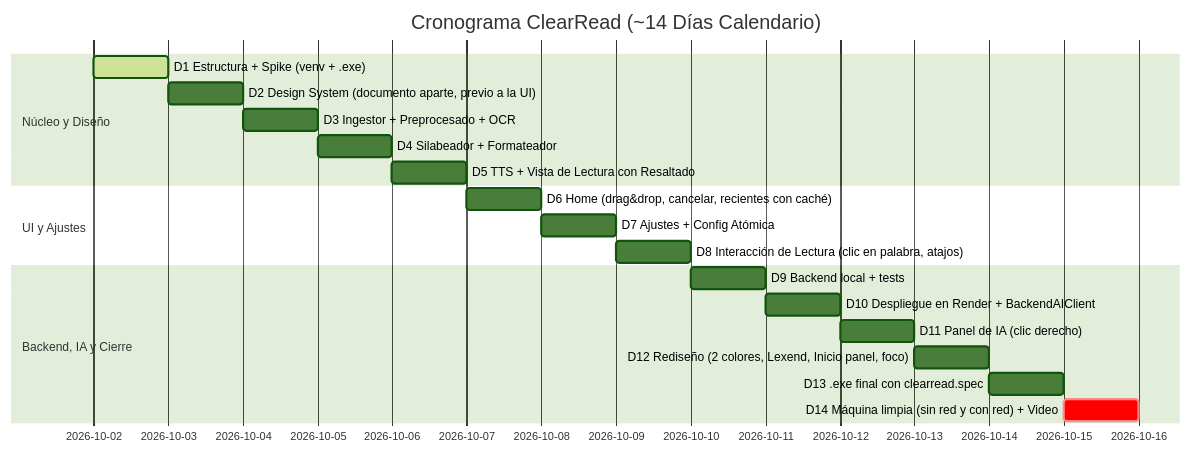
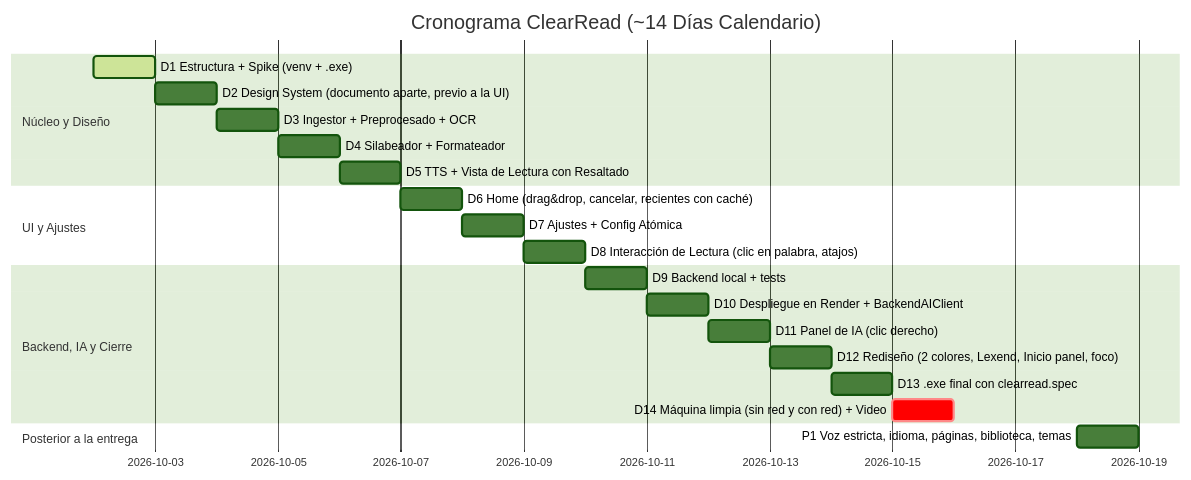
The third of 4 diagrams in document.md (SoFzzz/ClearRead), drawn with Mermaid (forest theme) before and after one commit. The commit also changed other lines of this file and 64 other files, not shown here.

````diff
--- a/document.md
+++ b/document.md
@@ -2126,22 +2190,24 @@
 ```mermaid
 gantt
     title Cronograma ClearRead (~14 Días Calendario)
     dateFormat  YYYY-MM-DD
     section Núcleo y Diseño
     D1 Estructura + Spike (venv + .exe)                  :active, d1, 2026-10-02, 1d
     D2 Design System (documento aparte, previo a la UI)  :d2, after d1, 1d
     D3 Ingestor + Preprocesado + OCR                     :d3, after d2, 1d
     D4 Silabeador + Formateador                          :d4, after d3, 1d
     D5 TTS + Vista de Lectura con Resaltado              :d5, after d4, 1d
     section UI y Ajustes
     D6 Home (drag&drop, cancelar, recientes con caché)   :d6, after d5, 1d
     D7 Ajustes + Config Atómica                          :d7, after d6, 1d
     D8 Interacción de Lectura (clic en palabra, atajos)  :d8, after d7, 1d
     section Backend, IA y Cierre
     D9 Backend local + tests                             :d9, after d8, 1d
     D10 Despliegue en Render + BackendAIClient           :d10, after d9, 1d
     D11 Panel de IA (clic derecho)                       :d11, after d10, 1d
     D12 Rediseño (2 colores, Lexend, Inicio panel, foco)  :d12, after d11, 1d
     D13 .exe final con clearread.spec                     :d13, after d12, 1d
     D14 Máquina limpia (sin red y con red) + Video        :crit, d14, after d13, 1d
+    section Posterior a la entrega
+    P1 Voz estricta, idioma, páginas, biblioteca, temas   :p1, 2026-10-18, 1d
 ```
````
